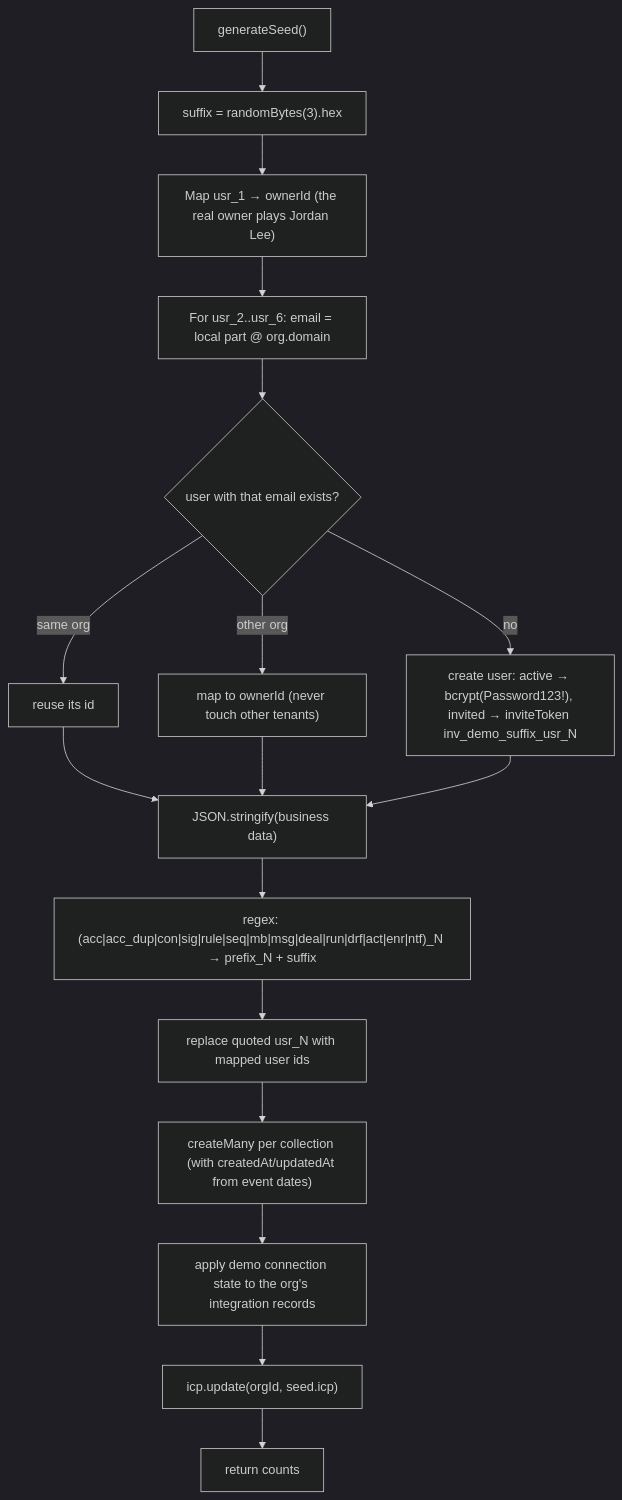
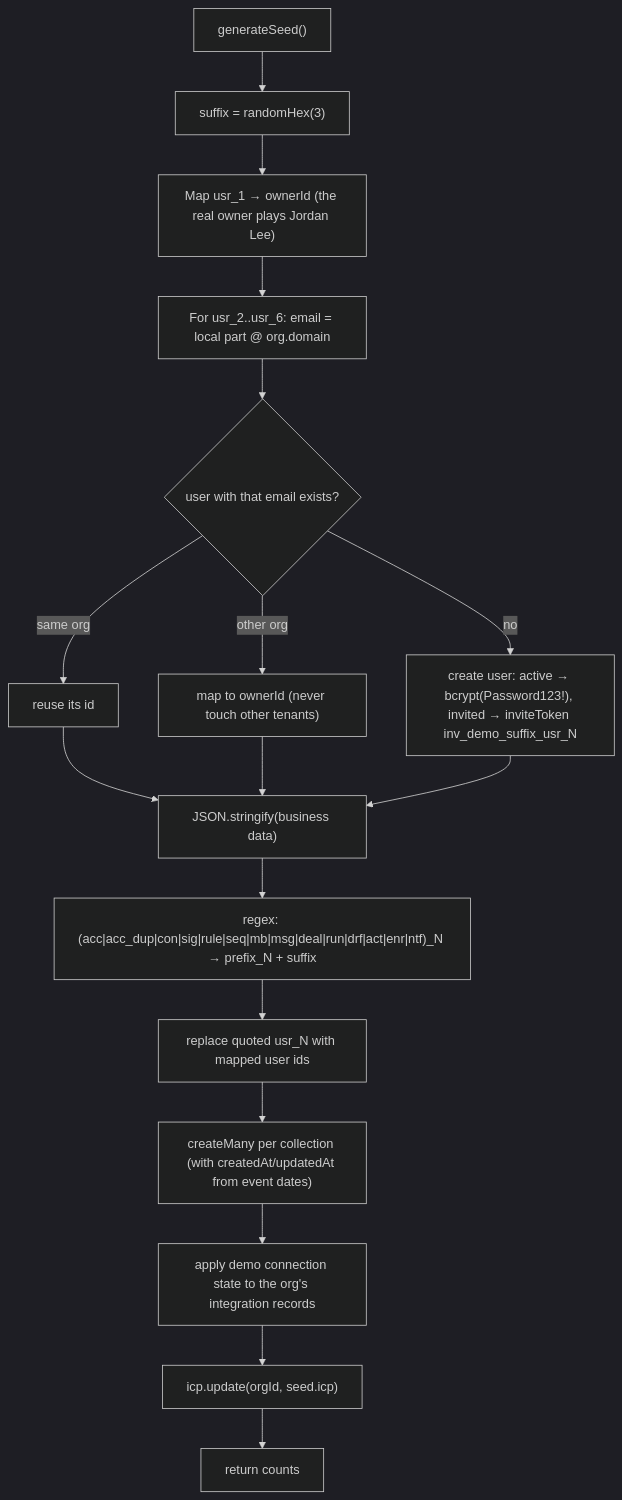
One commit to adarsh-dev-hs/sell-easy-docs changed the diagram in content/docs/engineering/backend/seeding-and-scripts.mdx. Above: the diagram before and after it, drawn with Mermaid (dark theme). The commit also changed 56 other files, not shown here.

````diff
--- a/content/docs/engineering/backend/seeding-and-scripts.mdx
+++ b/content/docs/engineering/backend/seeding-and-scripts.mdx
@@ -92,17 +92,17 @@
 ```mermaid
 flowchart TD
-  A["generateSeed()"] --> B["suffix = randomBytes(3).hex"]
+  A["generateSeed()"] --> B["suffix = randomHex(3)"]
   B --> C["Map usr_1 → ownerId (the real owner plays Jordan Lee)"]
   C --> D["For usr_2..usr_6: email = local part @ org.domain"]
   D --> E{"user with that email exists?"}
   E -- "same org" --> F[reuse its id]
   E -- "other org" --> G["map to ownerId (never touch other tenants)"]
   E -- no --> H["create user: active → bcrypt(Password123!), invited → inviteToken inv_demo_suffix_usr_N"]
   F & G & H --> I["JSON.stringify(business data)"]
   I --> J["regex: (acc|acc_dup|con|sig|rule|seq|mb|msg|deal|run|drf|act|enr|ntf)_N → prefix_N + suffix"]
   J --> K["replace quoted usr_N with mapped user ids"]
   K --> L["createMany per collection (with createdAt/updatedAt from event dates)"]
   L --> M["apply demo connection state to the org's integration records"]
   M --> N["icp.update(orgId, seed.icp)"]
   N --> O[return counts]
 ```
````
